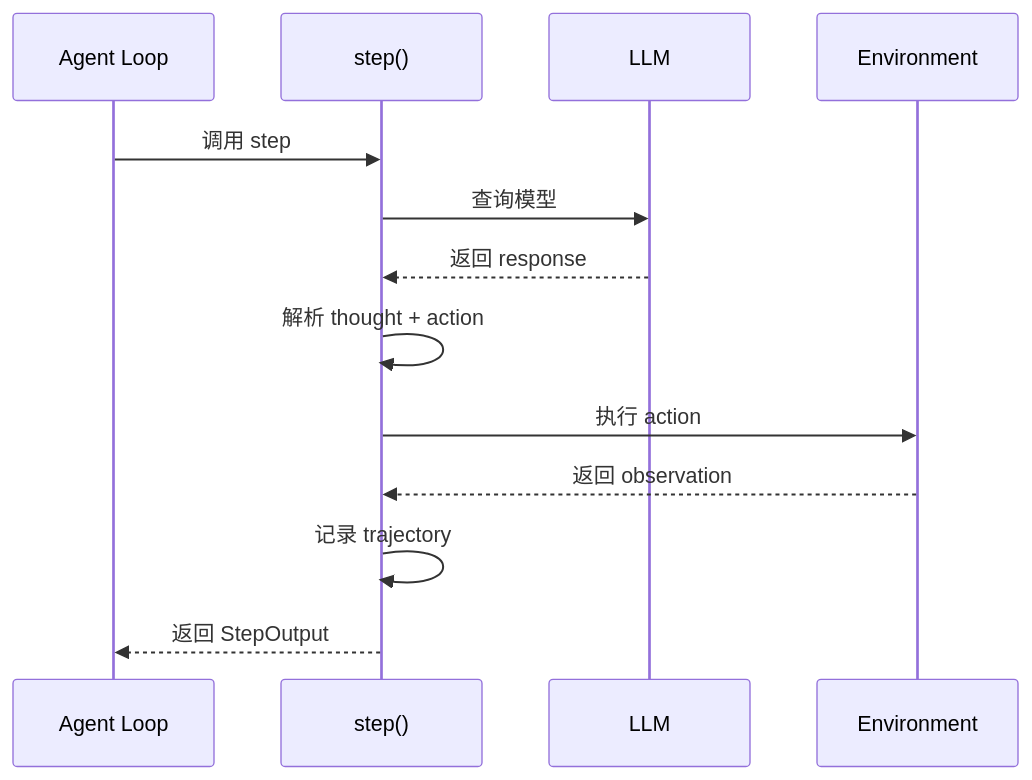
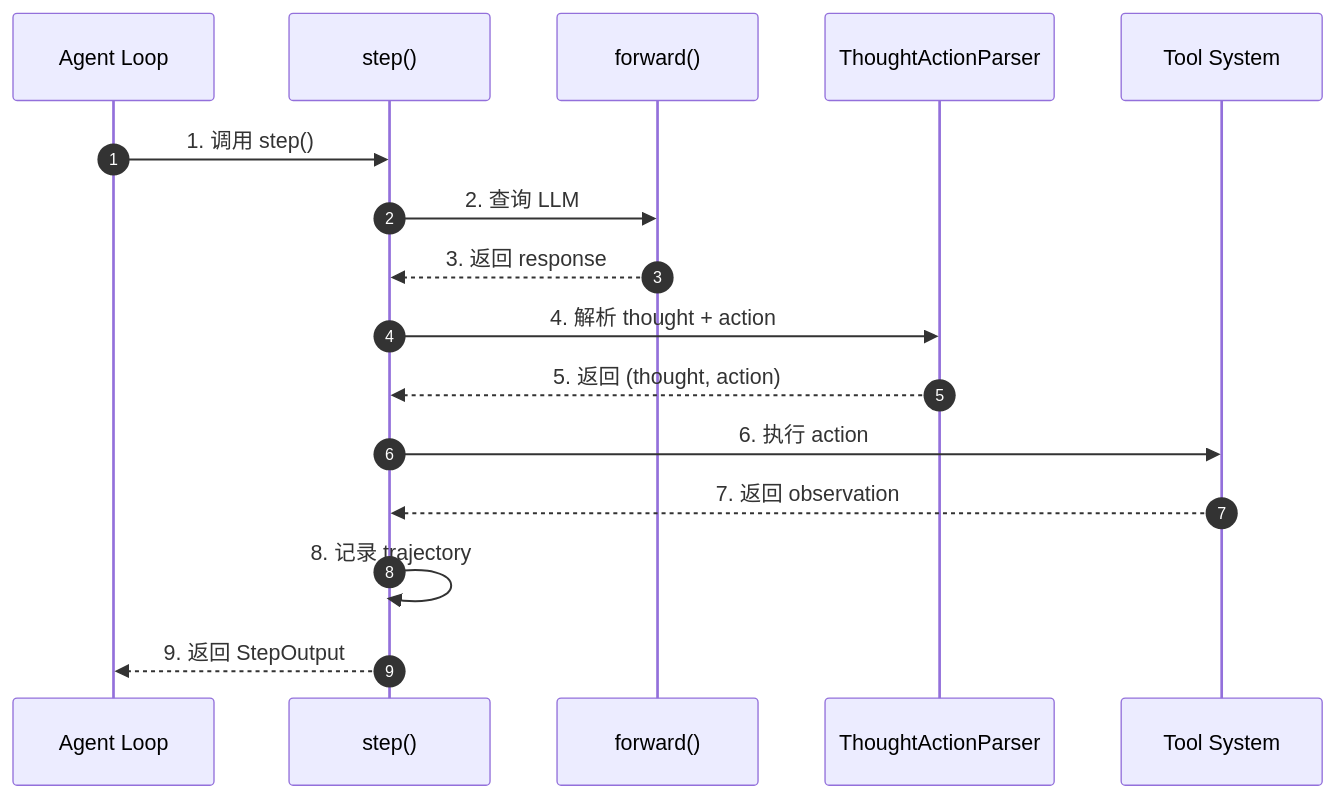
The first of 6 diagrams in docs/swe-agent/questions/swe-agent-plan-and-execute.md (giraffe-tree/agent-base), drawn with Mermaid before and after one commit. The commit also changed other lines of this file and 155 other files, not shown here.

````diff
--- a/docs/swe-agent/questions/swe-agent-plan-and-execute.md
+++ b/docs/swe-agent/questions/swe-agent-plan-and-execute.md
@@ -129,16 +110,19 @@
 ```mermaid
 sequenceDiagram
+    autonumber
     participant A as Agent Loop
     participant B as step()
-    participant C as LLM
-    participant D as Environment
+    participant C as forward()
+    participant D as ThoughtActionParser
+    participant E as Tool System
 
-    A->>B: 调用 step
-    B->>C: 查询模型
-    C-->>B: 返回 response
-    B->>B: 解析 thought + action
-    B->>D: 执行 action
-    D-->>B: 返回 observation
-    B->>B: 记录 trajectory
-    B-->>A: 返回 StepOutput
+    A->>B: 1. 调用 step()
+    B->>C: 2. 查询 LLM
+    C-->>B: 3. 返回 response
+    B->>D: 4. 解析 thought + action
+    D-->>B: 5. 返回 (thought, action)
+    B->>E: 6. 执行 action
+    E-->>B: 7. 返回 observation
+    B->>B: 8. 记录 trajectory
+    B-->>A: 9. 返回 StepOutput
 ```
````
